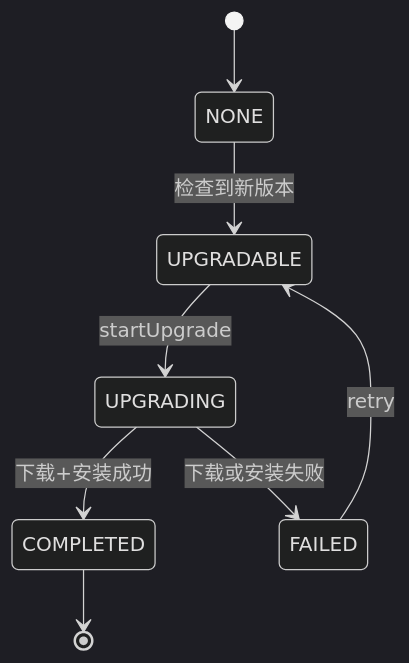
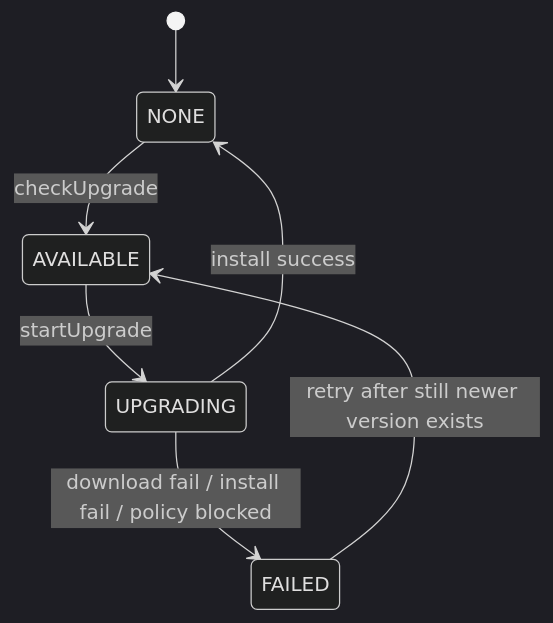
The fourth of 4 diagrams in docs/11-升级模块架构与流程.md (XZQ/CarAppStore), drawn with Mermaid (dark theme) before and after one commit. The commit also changed other lines of this file and 35 other files, not shown here.

Commit message:
Docs: reorganize architecture docs and handoff guide

````diff
--- a/docs/11-升级模块架构与流程.md
+++ b/docs/11-升级模块架构与流程.md
@@ -158,10 +148,9 @@
 ```mermaid
 stateDiagram-v2
     [*] --> NONE
-    NONE --> UPGRADABLE: 检查到新版本
-    UPGRADABLE --> UPGRADING: startUpgrade
-    UPGRADING --> COMPLETED: 下载+安装成功
-    UPGRADING --> FAILED: 下载或安装失败
-    FAILED --> UPGRADABLE: retry
-    COMPLETED --> [*]
+    NONE --> AVAILABLE: checkUpgrade
+    AVAILABLE --> UPGRADING: startUpgrade
+    UPGRADING --> NONE: install success
+    UPGRADING --> FAILED: download fail / install fail / policy blocked
+    FAILED --> AVAILABLE: retry after still newer version exists
 ```
````
